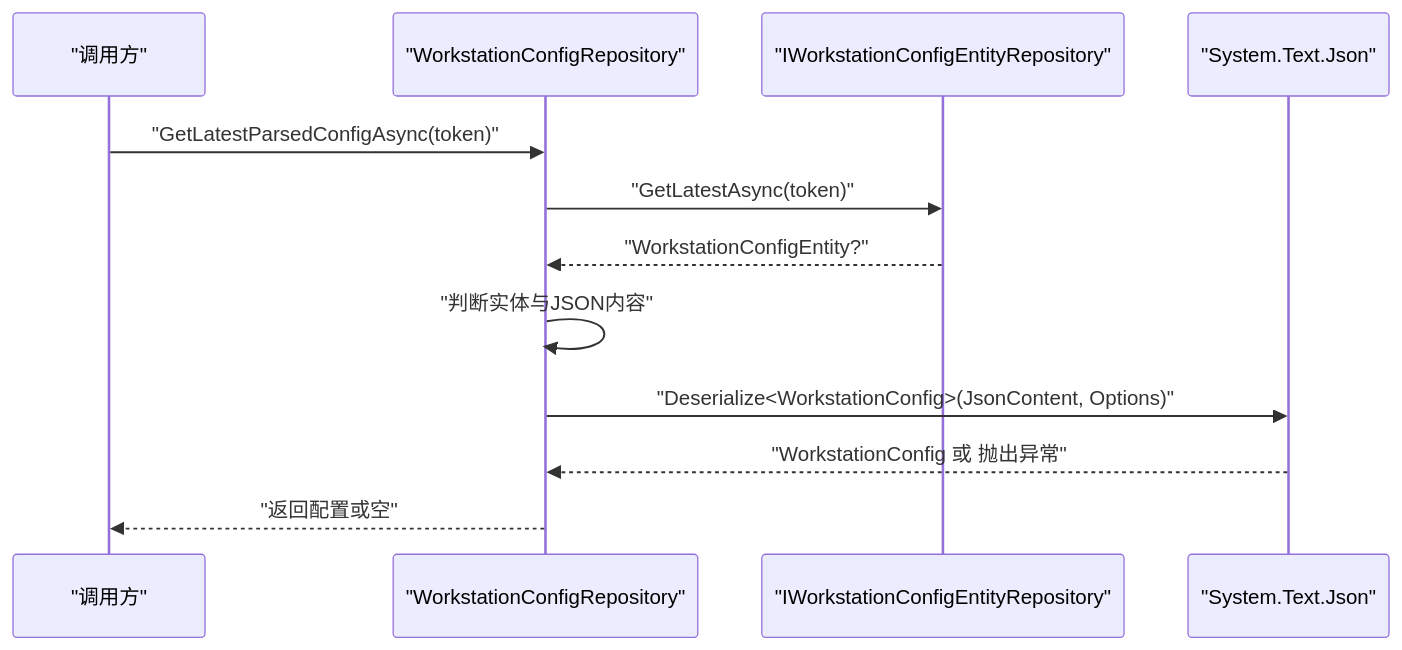
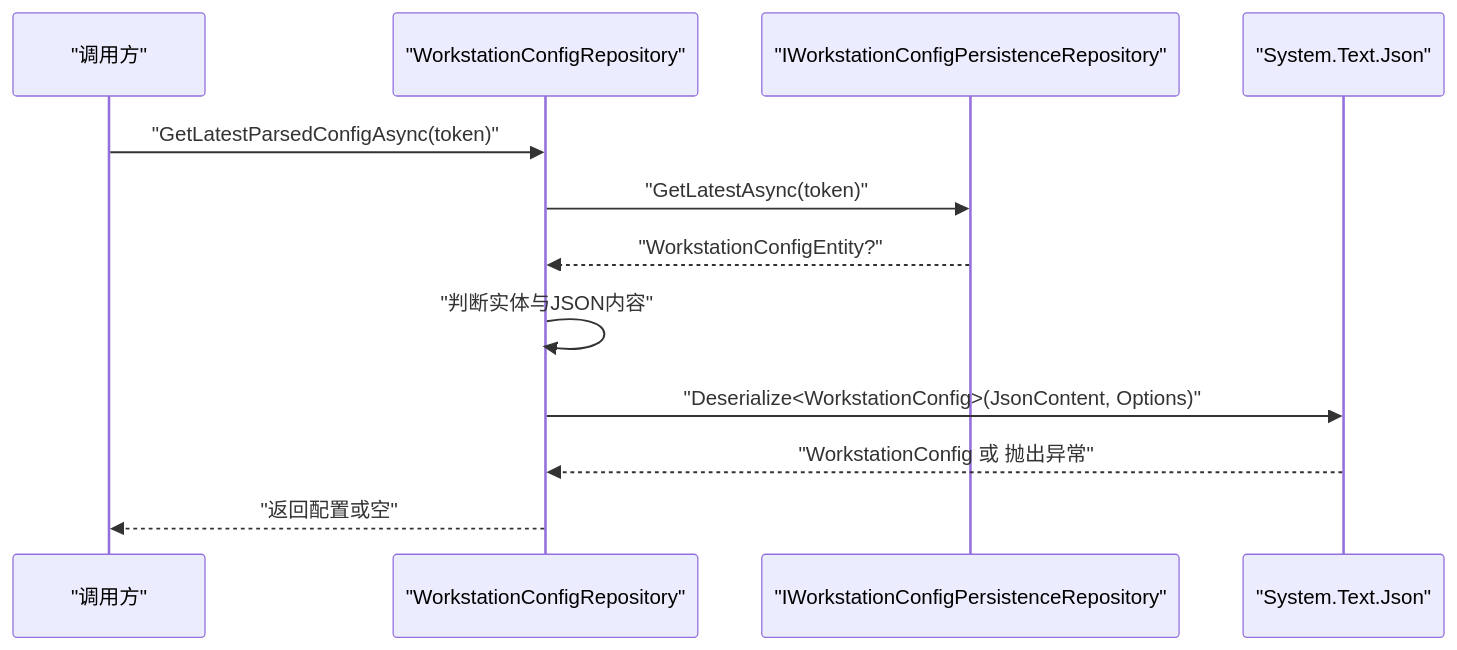
The fifth of 6 diagrams in .qoder/repowiki/zh/content/数据持久化/仓储模式实现.md (whitemousetl/IndustrialDataSolution), drawn with Mermaid before and after one commit. The commit also changed other lines of this file and 13 other files, not shown here.

````diff
--- a/.qoder/repowiki/zh/content/数据持久化/仓储模式实现.md
+++ b/.qoder/repowiki/zh/content/数据持久化/仓储模式实现.md
@@ -295,14 +293,14 @@
 ```mermaid
 sequenceDiagram
 participant Caller as "调用方"
 participant Repo as "WorkstationConfigRepository"
-participant EntityRepo as "IWorkstationConfigEntityRepository"
+participant PersistenceRepo as "IWorkstationConfigPersistenceRepository"
 participant JSON as "System.Text.Json"
 Caller->>Repo : "GetLatestParsedConfigAsync(token)"
-Repo->>EntityRepo : "GetLatestAsync(token)"
-EntityRepo-->>Repo : "WorkstationConfigEntity?"
+Repo->>PersistenceRepo : "GetLatestAsync(token)"
+PersistenceRepo-->>Repo : "WorkstationConfigEntity?"
 Repo->>Repo : "判断实体与JSON内容"
 Repo->>JSON : "Deserialize<WorkstationConfig>(JsonContent, Options)"
 JSON-->>Repo : "WorkstationConfig 或 抛出异常"
 Repo-->>Caller : "返回配置或空"
 ```
````
